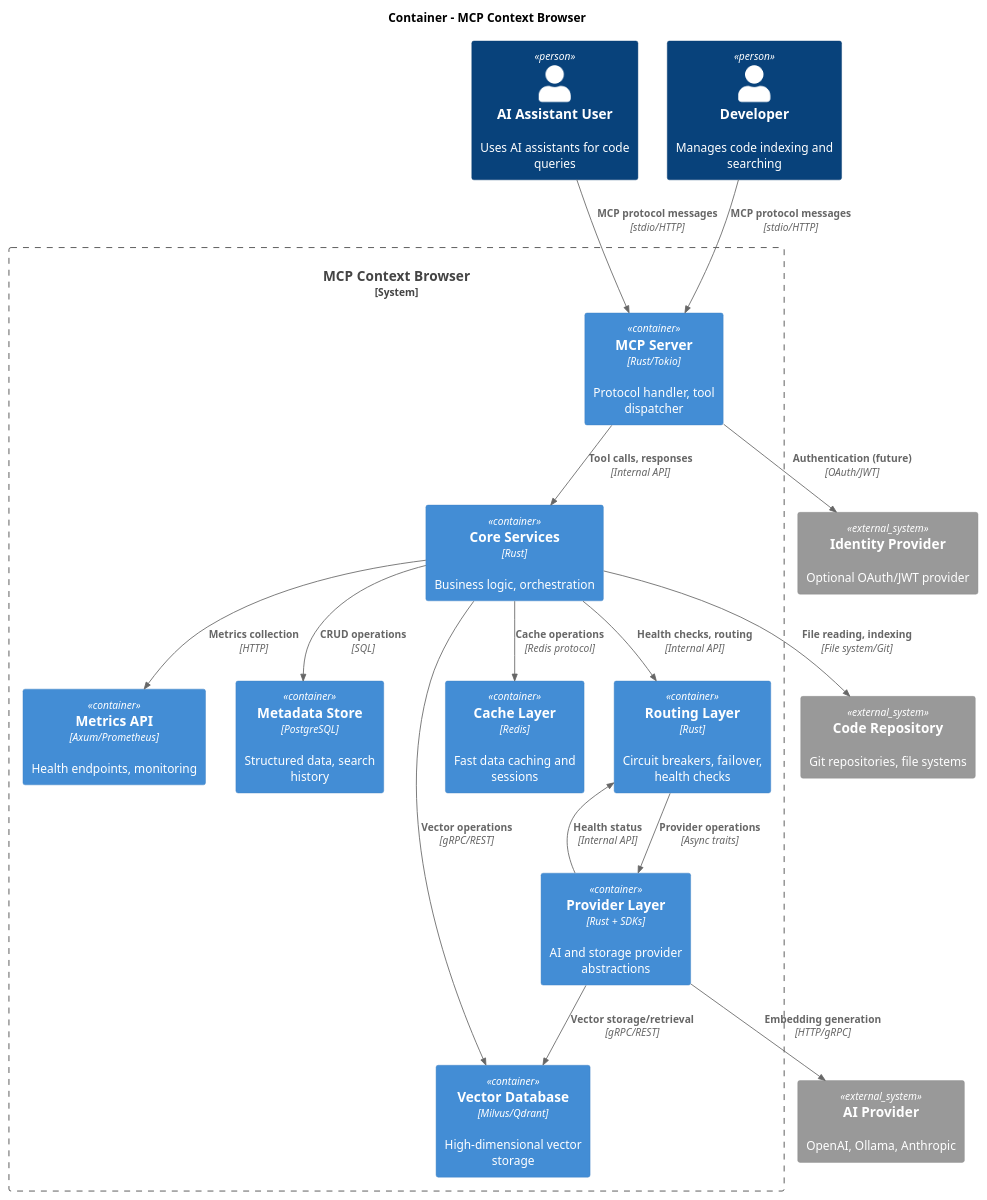
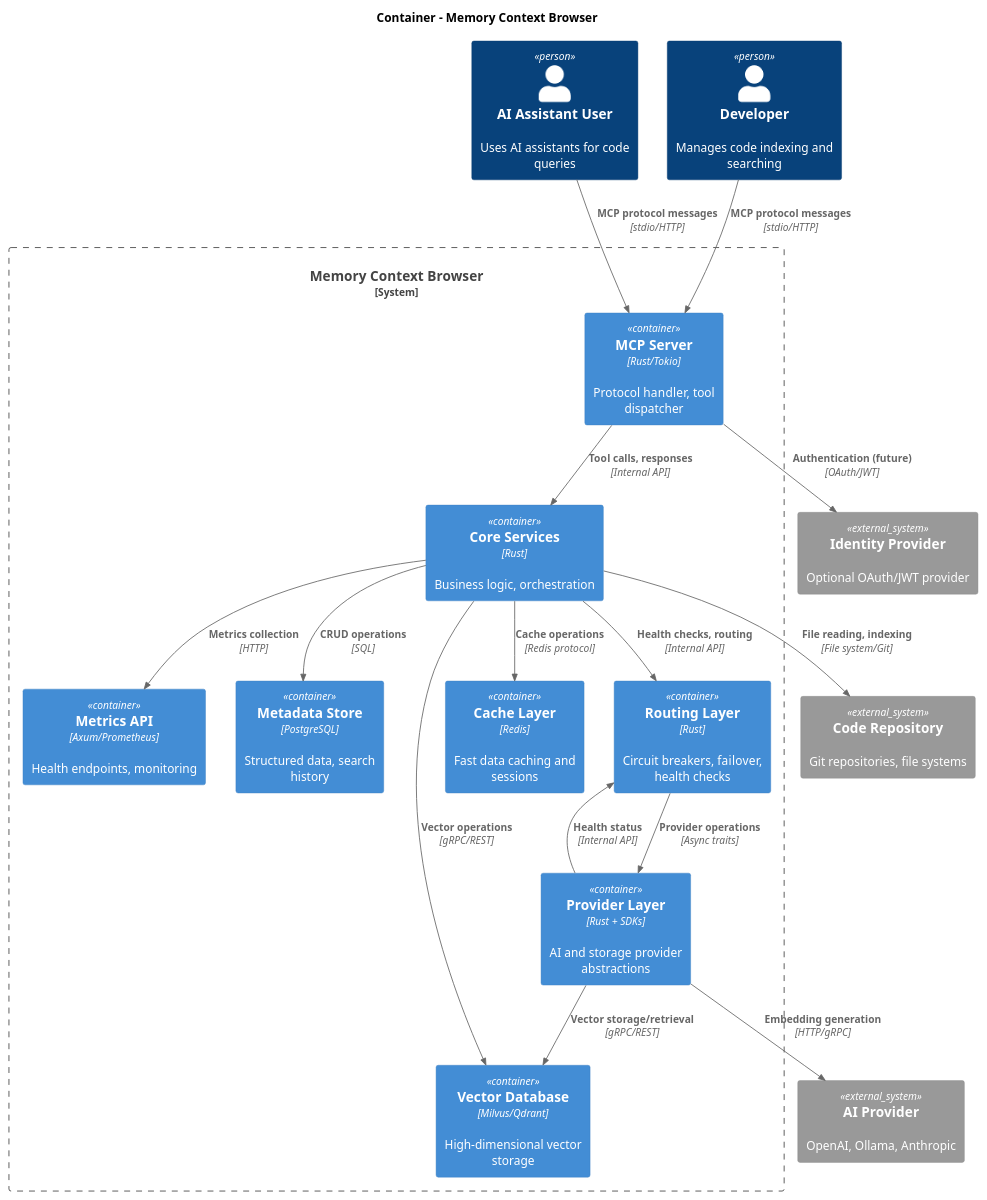
One commit to marlonsc/mcb changed the diagram in docs/diagrams/container-architecture.puml. Above: the diagram before and after it, drawn with PlantUML. The commit also changed 64 other files, not shown here.

First line of the commit message:
refactor: rename MCP Context Browser to Memory Context Browser across documentation

```diff
--- a/docs/diagrams/container-architecture.puml
+++ b/docs/diagrams/container-architecture.puml
@@ -1,43 +1,43 @@
-@startuml Container - MCP Context Browser
+@startuml Container - Memory Context Browser
 !include <C4/C4_Container>
 
-title Container - MCP Context Browser
+title Container - Memory Context Browser
 
 Person(ai_user, "AI Assistant User", "Uses AI assistants for code queries")
 Person(developer, "Developer", "Manages code indexing and searching")
 
-System_Boundary(mcp_system, "MCP Context Browser") {
+System_Boundary(mcp_system, "Memory Context Browser") {
     Container(mcp_server, "MCP Server", "Rust/Tokio", "Protocol handler, tool dispatcher")
     Container(core_services, "Core Services", "Rust", "Business logic, orchestration")
     Container(provider_layer, "Provider Layer", "Rust + SDKs", "AI and storage provider abstractions")
     Container(routing_layer, "Routing Layer", "Rust", "Circuit breakers, failover, health checks")
     Container(metrics_api, "Metrics API", "Axum/Prometheus", "Health endpoints, monitoring")
     Container(metadata_store, "Metadata Store", "PostgreSQL", "Structured data, search history")
     Container(vector_db, "Vector Database", "Milvus/Qdrant", "High-dimensional vector storage")
     Container(cache, "Cache Layer", "Redis", "Fast data caching and sessions")
 }
 
 System_Ext(code_repository, "Code Repository", "Git repositories, file systems")
 System_Ext(ai_provider, "AI Provider", "OpenAI, Ollama, Anthropic")
 System_Ext(identity_provider, "Identity Provider", "Optional OAuth/JWT provider")
 
 Rel(ai_user, mcp_server, "MCP protocol messages", "stdio/HTTP")
 Rel(developer, mcp_server, "MCP protocol messages", "stdio/HTTP")
 
 Rel(mcp_server, core_services, "Tool calls, responses", "Internal API")
 Rel(core_services, routing_layer, "Health checks, routing", "Internal API")
 Rel(core_services, metrics_api, "Metrics collection", "HTTP")
 Rel(routing_layer, provider_layer, "Provider operations", "Async traits")
 Rel(provider_layer, routing_layer, "Health status", "Internal API")
 Rel(core_services, metadata_store, "CRUD operations", "SQL")
 Rel(core_services, vector_db, "Vector operations", "gRPC/REST")
 Rel(core_services, cache, "Cache operations", "Redis protocol")
 
 Rel(provider_layer, ai_provider, "Embedding generation", "HTTP/gRPC")
 Rel(provider_layer, vector_db, "Vector storage/retrieval", "gRPC/REST")
 
 Rel(core_services, code_repository, "File reading, indexing", "File system/Git")
 
 Rel(mcp_server, identity_provider, "Authentication (future)", "OAuth/JWT")
 
 @enduml
```
